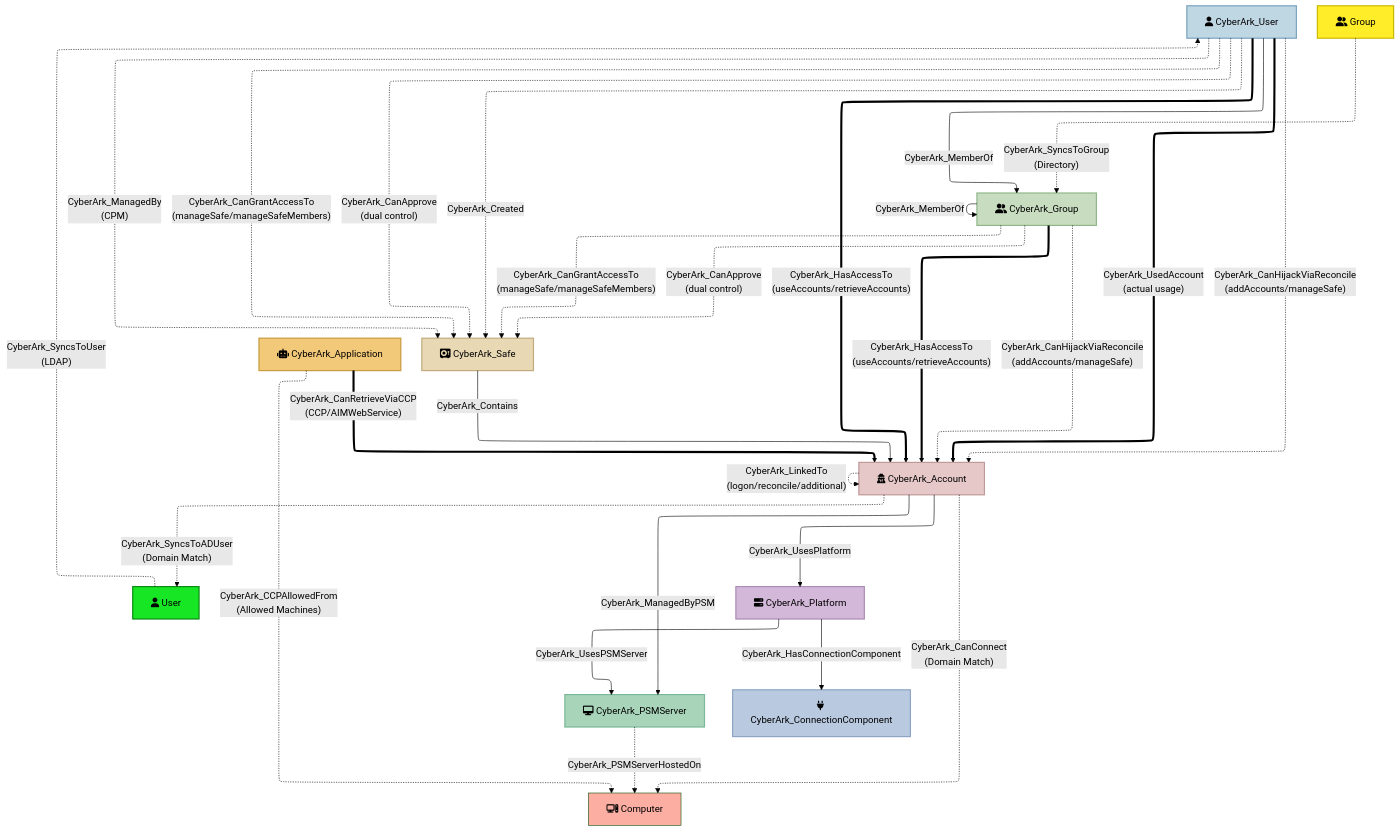
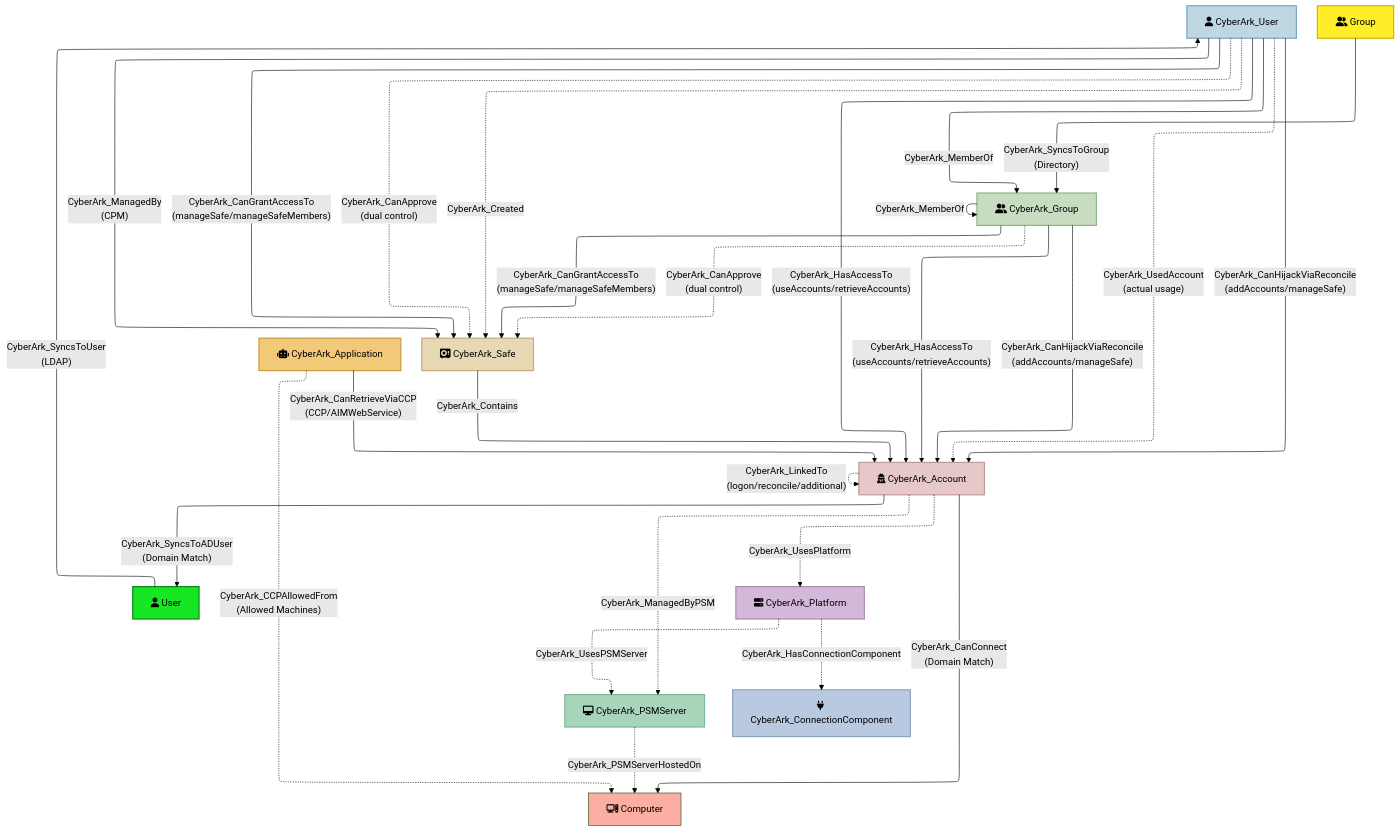
Before and after one commit to jazofra/CyberArkHound: the diagram in README.md, drawn with Mermaid (forest theme). The commit also changed other lines of this file and 7 other files, not shown here.

````diff
--- a/README.md
+++ b/README.md
@@ -1105,44 +1110,44 @@
 ```mermaid
 ---
 config:
  layout: elk
 ---
 flowchart TD
- User["fa:fa-user User"] -. CyberArk_SyncsToUser<br>(LDAP) .-> CyberArk_User["fa:fa-user CyberArk_User"]
- Group["fa:fa-user-group Group"] -. CyberArk_SyncsToGroup<br>(Directory) .-> CyberArk_Group["fa:fa-user-group CyberArk_Group"]
- CyberArk_Account["fa:fa-user-secret CyberArk_Account"] -. CyberArk_SyncsToADUser<br>(Domain Match) .-> User
- CyberArk_Account -. CyberArk_CanConnect<br>(Domain Match) .-> Computer["fa:fa-computer Computer"]
+ User["fa:fa-user User"] -- CyberArk_SyncsToUser<br>(LDAP) --> CyberArk_User["fa:fa-user CyberArk_User"]
+ Group["fa:fa-user-group Group"] -- CyberArk_SyncsToGroup<br>(Directory) --> CyberArk_Group["fa:fa-user-group CyberArk_Group"]
+ CyberArk_Account["fa:fa-user-secret CyberArk_Account"] -- CyberArk_SyncsToADUser<br>(Domain Match) --> User
+ CyberArk_Account -- CyberArk_CanConnect<br>(Domain Match) --> Computer["fa:fa-computer Computer"]
  CyberArk_User -- CyberArk_MemberOf --> CyberArk_Group
  CyberArk_Group -- CyberArk_MemberOf --> CyberArk_Group
- CyberArk_User == CyberArk_HasAccessTo<br>(useAccounts/retrieveAccounts) ==> CyberArk_Account
- CyberArk_Group == CyberArk_HasAccessTo<br>(useAccounts/retrieveAccounts) ==> CyberArk_Account
- CyberArk_Application["fa:fa-robot CyberArk_Application"] == CyberArk_CanRetrieveViaCCP<br>(CCP/AIMWebService) ==> CyberArk_Account
+ CyberArk_User -- CyberArk_HasAccessTo<br>(useAccounts/retrieveAccounts) --> CyberArk_Account
+ CyberArk_Group -- CyberArk_HasAccessTo<br>(useAccounts/retrieveAccounts) --> CyberArk_Account
+ CyberArk_Application["fa:fa-robot CyberArk_Application"] -- CyberArk_CanRetrieveViaCCP<br>(CCP/AIMWebService) --> CyberArk_Account
  CyberArk_Application -. CyberArk_CCPAllowedFrom<br>(Allowed Machines) .-> Computer
- CyberArk_User == CyberArk_UsedAccount<br>(actual usage) ==> CyberArk_Account
- CyberArk_User -. CyberArk_CanGrantAccessTo<br>(manageSafe/manageSafeMembers) .-> CyberArk_Safe["fa:fa-vault CyberArk_Safe"]
- CyberArk_Group -. CyberArk_CanGrantAccessTo<br>(manageSafe/manageSafeMembers) .-> CyberArk_Safe
- CyberArk_User -. CyberArk_CanHijackViaReconcile<br>(addAccounts/manageSafe) .-> CyberArk_Account
- CyberArk_Group -. CyberArk_CanHijackViaReconcile<br>(addAccounts/manageSafe) .-> CyberArk_Account
+ CyberArk_User -. CyberArk_UsedAccount<br>(actual usage) .-> CyberArk_Account
+ CyberArk_User -- CyberArk_CanGrantAccessTo<br>(manageSafe/manageSafeMembers) --> CyberArk_Safe["fa:fa-vault CyberArk_Safe"]
+ CyberArk_Group -- CyberArk_CanGrantAccessTo<br>(manageSafe/manageSafeMembers) --> CyberArk_Safe
+ CyberArk_User -- CyberArk_CanHijackViaReconcile<br>(addAccounts/manageSafe) --> CyberArk_Account
+ CyberArk_Group -- CyberArk_CanHijackViaReconcile<br>(addAccounts/manageSafe) --> CyberArk_Account
  CyberArk_User -. CyberArk_CanApprove<br>(dual control) .-> CyberArk_Safe
  CyberArk_Group -. CyberArk_CanApprove<br>(dual control) .-> CyberArk_Safe
  CyberArk_Safe -- CyberArk_Contains --> CyberArk_Account
  CyberArk_User -. CyberArk_Created .-> CyberArk_Safe
- CyberArk_User -. CyberArk_ManagedBy<br>(CPM) .-> CyberArk_Safe
+ CyberArk_User -- CyberArk_ManagedBy<br>(CPM) --> CyberArk_Safe
  CyberArk_Account -. CyberArk_LinkedTo<br>(logon/reconcile/additional) .-> CyberArk_Account
- CyberArk_Account -- CyberArk_UsesPlatform --> CyberArk_Platform["fa:fa-server CyberArk_Platform"]
- CyberArk_Account -- CyberArk_ManagedByPSM --> CyberArk_PSMServer["fa:fa-desktop CyberArk_PSMServer"]
- CyberArk_Platform -- CyberArk_UsesPSMServer --> CyberArk_PSMServer
- CyberArk_Platform -- CyberArk_HasConnectionComponent --> CyberArk_ConnectionComponent["fa:fa-plug CyberArk_ConnectionComponent"]
+ CyberArk_Account -. CyberArk_UsesPlatform .-> CyberArk_Platform["fa:fa-server CyberArk_Platform"]
+ CyberArk_Account -. CyberArk_ManagedByPSM .-> CyberArk_PSMServer["fa:fa-desktop CyberArk_PSMServer"]
+ CyberArk_Platform -. CyberArk_UsesPSMServer .-> CyberArk_PSMServer
+ CyberArk_Platform -. CyberArk_HasConnectionComponent .-> CyberArk_ConnectionComponent["fa:fa-plug CyberArk_ConnectionComponent"]
  CyberArk_PSMServer -. CyberArk_PSMServerHostedOn .-> Computer
  style User fill:#17E625,stroke:#0B8A14,stroke-width:2px
  style Computer fill:#FCAEA3,stroke:DF7E71,stroke-widthg:2px
  style CyberArk_User fill:#BFD6E3,stroke:#7BA3C0,stroke-width:2px
  style Group fill:#FFED29,stroke:#CCB900,stroke-width:2px
  style CyberArk_Group fill:#C8DCC0,stroke:#8FB888,stroke-width:2px
  style CyberArk_Account fill:#E7C8C8,stroke:#C09999,stroke-width:2px
  style CyberArk_Safe fill:#E8D8B3,stroke:#C0AC7F,stroke-width:2px
  style CyberArk_Platform fill:#D4B8D9,stroke:#A98CB3,stroke-width:2px
  style CyberArk_PSMServer fill:#A8D5BA,stroke:#7BB898,stroke-width:2px
  style CyberArk_ConnectionComponent fill:#B8C9E0,stroke:#8EA6C4,stroke-width:2px
  style CyberArk_Application fill:#F2C879,stroke:#C99A3F,stroke-width:2px
 ```
````
